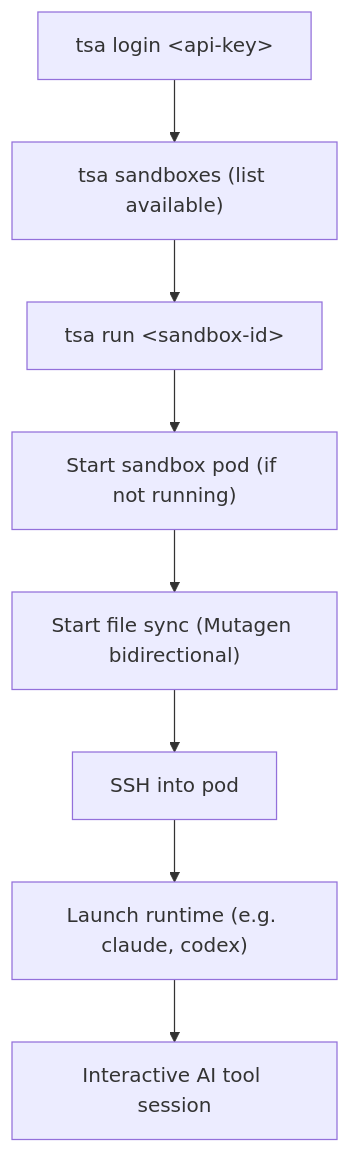
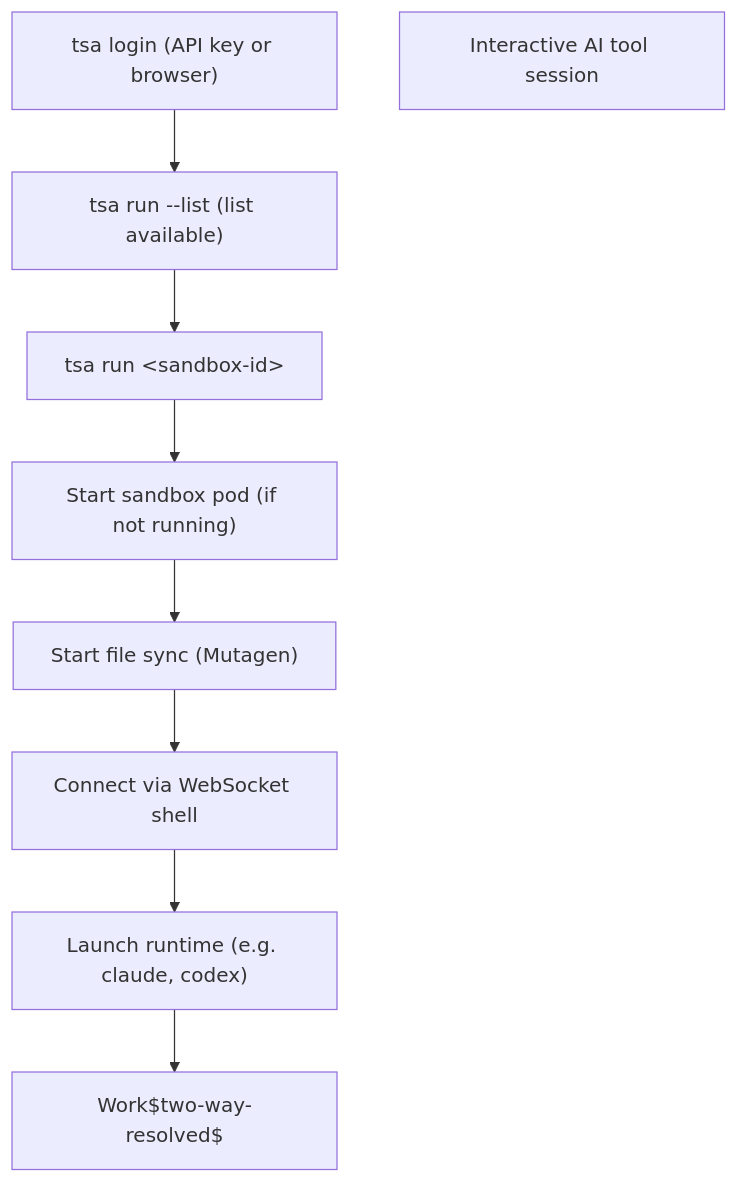
One commit to threadedstack/threadedstack changed the diagram in docs/user-guide/tsa-cli.md. Above: the diagram before and after it, drawn with Mermaid. The commit also changed other lines of this file and 12 other files, not shown here.

First line of the commit message:
docs(user-guide,features,architecture): sync TSA CLI and Threads app docs with current implementations

````diff
--- a/docs/user-guide/tsa-cli.md
+++ b/docs/user-guide/tsa-cli.md
@@ -22,14 +21,14 @@
 ```mermaid
 flowchart TD
-  Login["tsa login &lt;api-key&gt;"]
-  List["tsa sandboxes (list available)"]
+  Login["tsa login (API key or browser)"]
+  List["tsa run --list (list available)"]
   Run["tsa run &lt;sandbox-id&gt;"]
   Start["Start sandbox pod (if not running)"]
-  Sync["Start file sync (Mutagen bidirectional)"]
-  SSH["SSH into pod"]
+  Sync["Start file sync (Mutagen)"]
+  Connect["Connect via WebSocket shell"]
   Launch["Launch runtime (e.g. claude, codex)"]
   Work["Interactive AI tool session"]
 
   Login --> List --> Run
-  Run --> Start --> Sync --> SSH --> Launch --> Work
+  Run --> Start --> Sync --> Connect --> Launch --> Work$two-way-resolved$
 ```
````
